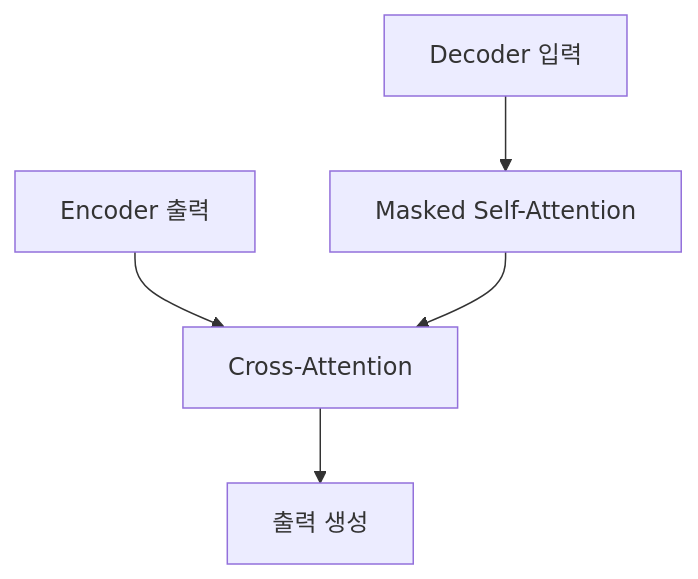
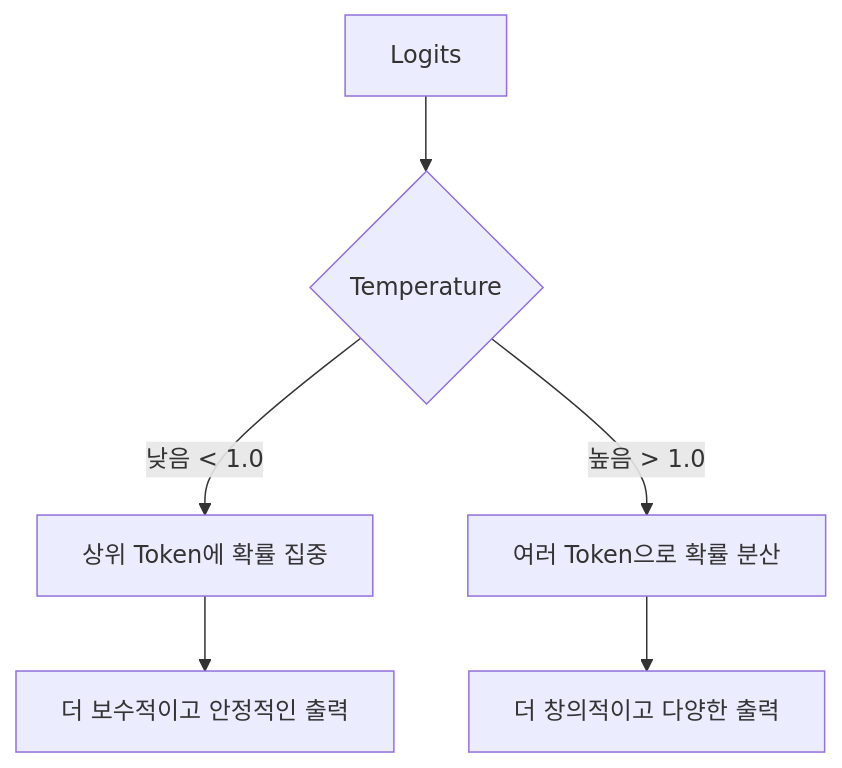
The second of 4 diagrams in src/content/blog/2026-07-02-llm-encoder-only와-decoder-only-구조-이해하기.md (jwsung91/jwsung91.github.io), drawn with Mermaid before and after one commit. The commit also changed other lines of this file, not shown here.

Commit message:
Update Blog “2026-07-02-llm-encoder-only와-decoder-only-구조-이해하기”

````diff
--- a/src/content/blog/2026-07-02-llm-encoder-only와-decoder-only-구조-이해하기.md
+++ b/src/content/blog/2026-07-02-llm-encoder-only와-decoder-only-구조-이해하기.md
@@ -190,7 +153,9 @@
 ```mermaid
 flowchart TD
-    A[Encoder 출력] --> C[Cross-Attention]
-    B[Decoder 입력] --> D[Masked Self-Attention]
-    D --> C
-    C --> E[출력 생성]
+    A[Logits] --> B{Temperature}
+    B -->|낮음 < 1.0| C[상위 Token에 확률 집중]
+    B -->|높음 > 1.0| D[여러 Token으로 확률 분산]
+    C --> E[더 보수적이고 안정적인 출력]
+    D --> F[더 창의적이고 다양한 출력]
+
 ```
````
